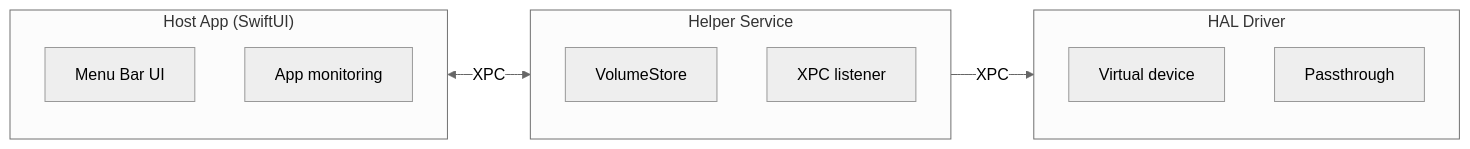
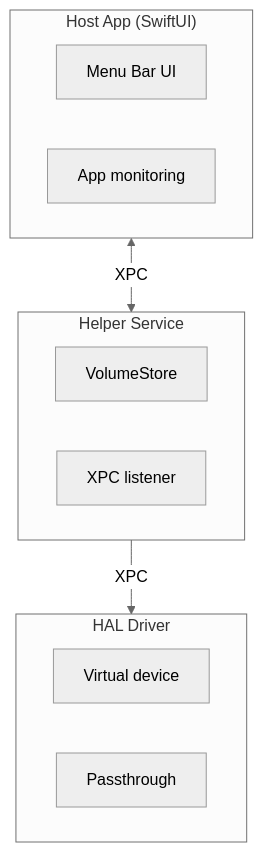
The diagram in README.md (cheefbird/AppFaders), drawn with Mermaid (neutral theme) before and after one commit.

Commit message:
fix(docs): diagram display was wonky

````diff
--- a/README.md
+++ b/README.md
@@ -11,20 +11,20 @@
 ```mermaid
-flowchart LR
+flowchart TB
     subgraph Host["Host App (SwiftUI)"]
         H1[Menu Bar UI]
         H2[App monitoring]
     end
 
     subgraph Helper["Helper Service"]
         S1[VolumeStore]
         S2[XPC listener]
     end
 
     subgraph Driver["HAL Driver"]
         D1[Virtual device]
         D2[Passthrough]
     end
 
     Host <-->|XPC| Helper
     Helper -->|XPC| Driver
 ```
````
